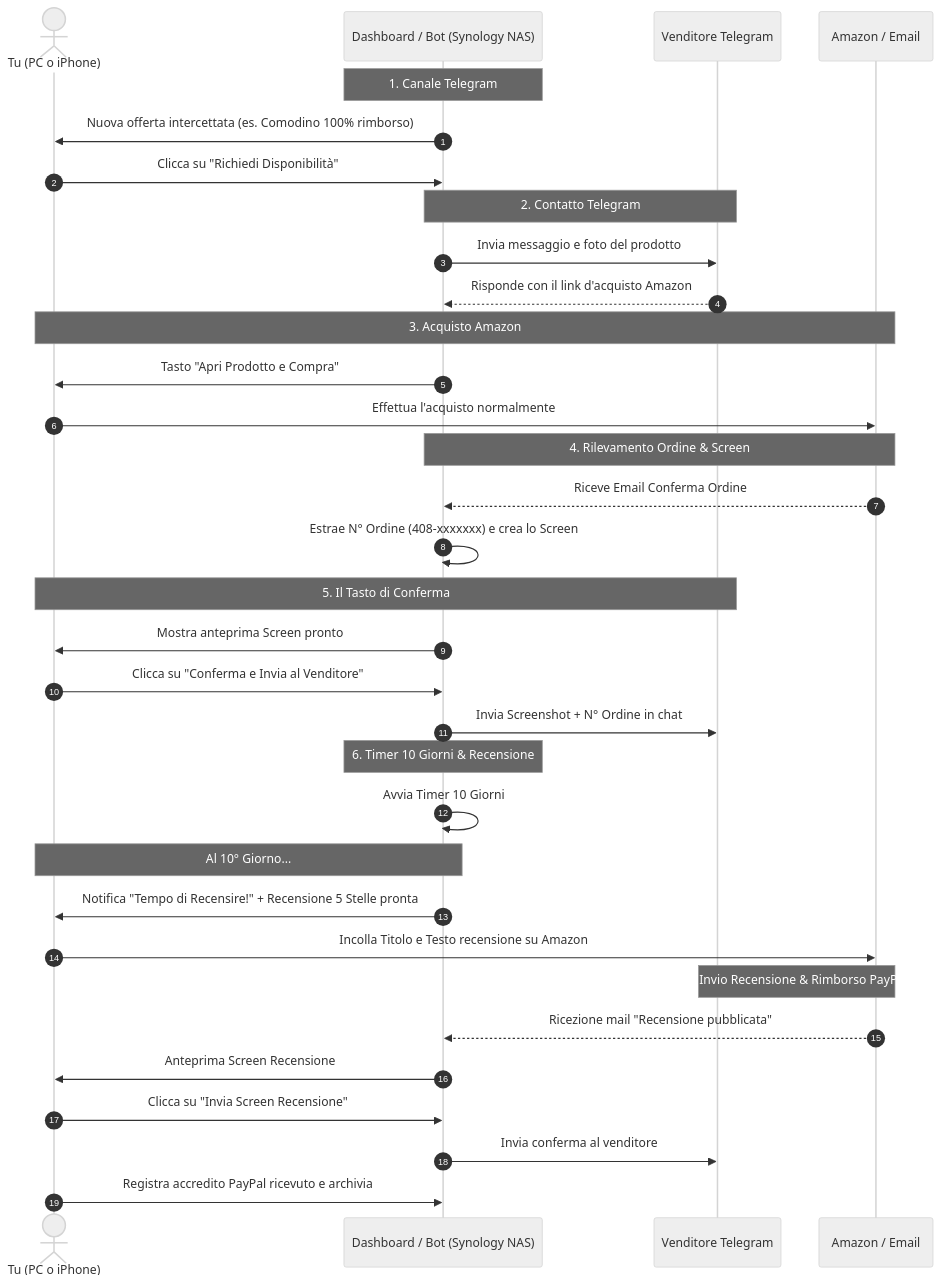
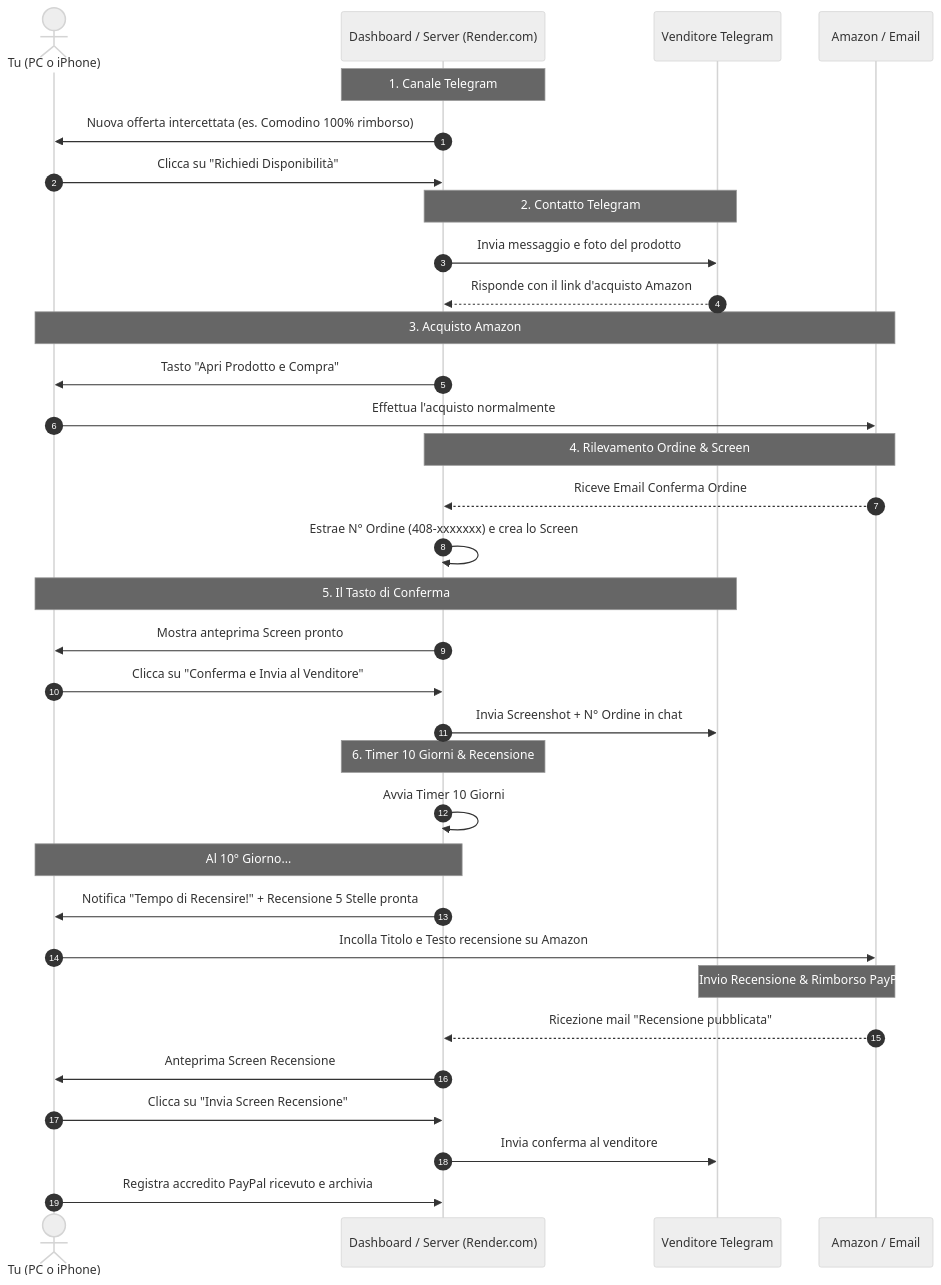
Before and after one commit to peppe22222/amazon-routine-manager: the diagram in DOCUMENTAZIONE_E_CHAT_PROGETTO.md, drawn with Mermaid (neutral theme). The commit also changed other lines of this file and 19 other files, not shown here.

````diff
--- a/DOCUMENTAZIONE_E_CHAT_PROGETTO.md
+++ b/DOCUMENTAZIONE_E_CHAT_PROGETTO.md
@@ -45,42 +46,42 @@
 ```mermaid
 sequenceDiagram
     autonumber
     actor Tu as Tu (PC o iPhone)
-    participant App as Dashboard / Bot (Synology NAS)
+    participant App as Dashboard / Server (Render.com)
     participant TG as Venditore Telegram
     participant AMZ as Amazon / Email
 
     Note over App: 1. Canale Telegram
     App->>Tu: Nuova offerta intercettata (es. Comodino 100% rimborso)
     Tu->>App: Clicca su "Richiedi Disponibilità"
     
     Note over App,TG: 2. Contatto Telegram
     App->>TG: Invia messaggio e foto del prodotto
     TG-->>App: Risponde con il link d'acquisto Amazon
     
     Note over Tu,AMZ: 3. Acquisto Amazon
     App->>Tu: Tasto "Apri Prodotto e Compra"
     Tu->>AMZ: Effettua l'acquisto normalmente
     
     Note over AMZ,App: 4. Rilevamento Ordine & Screen
     AMZ-->>App: Riceve Email Conferma Ordine
     App->>App: Estrae N° Ordine (408-xxxxxxx) e crea lo Screen
     
     Note over Tu,TG: 5. Il Tasto di Conferma
     App->>Tu: Mostra anteprima Screen pronto
     Tu->>App: Clicca su "Conferma e Invia al Venditore"
     App->>TG: Invia Screenshot + N° Ordine in chat
     
     Note over App: 6. Timer 10 Giorni & Recensione
     App->>App: Avvia Timer 10 Giorni
     Note over App,Tu: Al 10° Giorno...
     App->>Tu: Notifica "Tempo di Recensire!" + Recensione 5 Stelle pronta
     Tu->>AMZ: Incolla Titolo e Testo recensione su Amazon
     
     Note over AMZ,TG: 7. Invio Recensione & Rimborso PayPal
     AMZ-->>App: Ricezione mail "Recensione pubblicata"
     App->>Tu: Anteprima Screen Recensione
     Tu->>App: Clicca su "Invia Screen Recensione"
     App->>TG: Invia conferma al venditore
     Tu->>App: Registra accredito PayPal ricevuto e archivia
 ```
````
